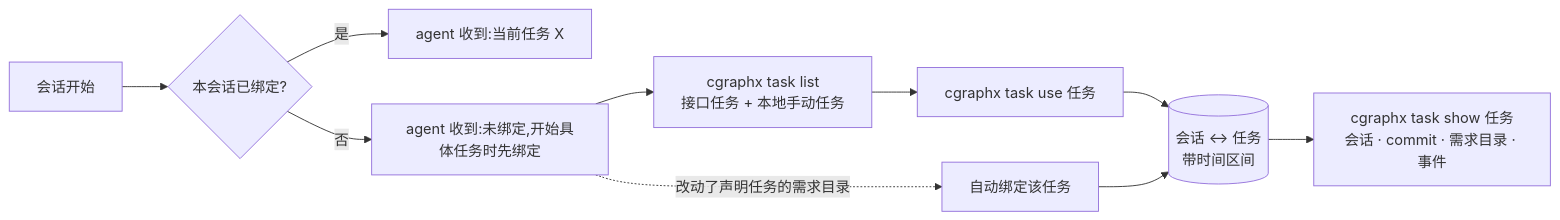
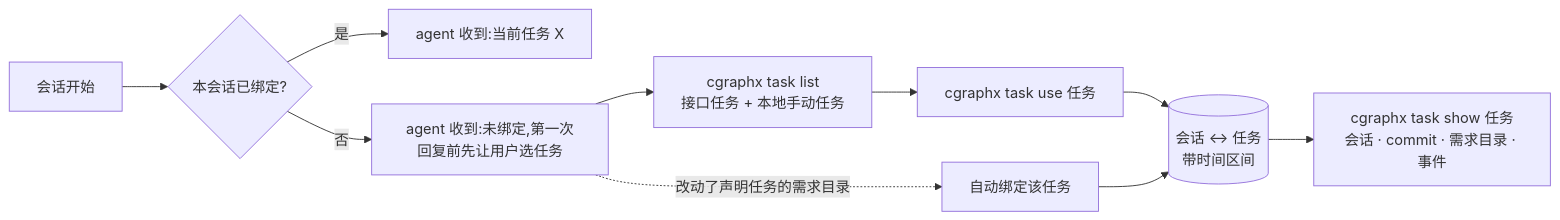
Before and after one commit to smdnkB/cgraphx: the diagram in docs/features/2026-10-14-任务会话映射与timeline采集增强/任务会话映射与timeline采集增强-spec.md, drawn with Mermaid. The commit also changed other lines of this file and 2 other files, not shown here.

First line of the commit message:
fix(task): 会话开始默认先关联任务——未绑定时 agent 首次回复前请用户选择

````diff
--- a/docs/features/2026-10-14-任务会话映射与timeline采集增强/任务会话映射与timeline采集增强-spec.md
+++ b/docs/features/2026-10-14-任务会话映射与timeline采集增强/任务会话映射与timeline采集增强-spec.md
@@ -11,12 +11,12 @@
 ```mermaid
 flowchart LR
   start[会话开始] --> hint{本会话已绑定?}
   hint -- 是 --> ctx1[agent 收到:当前任务 X]
-  hint -- 否 --> ctx2[agent 收到:未绑定,开始具体任务时先绑定]
+  hint -- 否 --> ctx2[agent 收到:未绑定,第一次回复前先让用户选任务]
   ctx2 --> list[cgraphx task list<br/>接口任务 + 本地手动任务]
   list --> use[cgraphx task use 任务]
   ctx2 -. 改动了声明任务的需求目录 .-> auto[自动绑定该任务]
   use --> bound[(会话 ↔ 任务<br/>带时间区间)]
   auto --> bound
   bound --> show[cgraphx task show 任务<br/>会话 · commit · 需求目录 · 事件]
 ```
````
